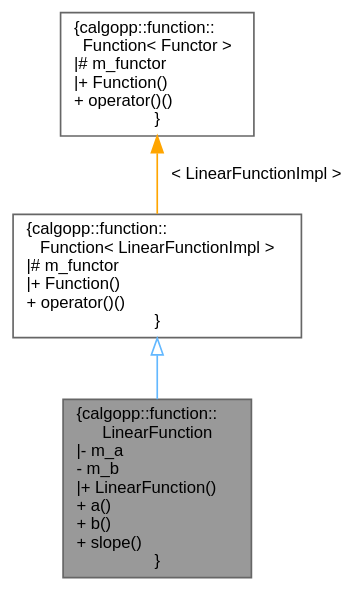
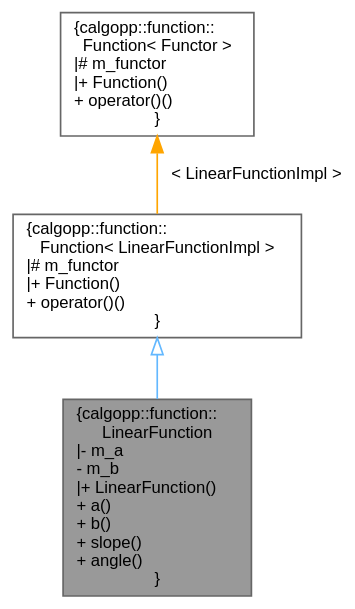
One commit to pawelekg95/algopp changed the diagram in classcalgopp_1_1function_1_1LinearFunction__inherit__graph.dot. Above: the diagram before and after it, drawn with Graphviz. The commit also changed 57 other files, not shown here.

```diff
--- a/classcalgopp_1_1function_1_1LinearFunction__inherit__graph.dot
+++ b/classcalgopp_1_1function_1_1LinearFunction__inherit__graph.dot
@@ -1,12 +1,12 @@
 digraph "calgopp::function::LinearFunction"
 {
  // LATEX_PDF_SIZE
   bgcolor="transparent";
   edge [fontname=Helvetica,fontsize=10,labelfontname=Helvetica,labelfontsize=10];
   node [fontname=Helvetica,fontsize=10,shape=box,height=0.2,width=0.4];
-  Node1 [label="{calgopp::function::\lLinearFunction\n|- m_a\l- m_b\l|+ LinearFunction()\l+ a()\l+ b()\l+ slope()\l}",height=0.2,width=0.4,color="gray40", fillcolor="grey60", style="filled", fontcolor="black",tooltip=" "];
+  Node1 [label="{calgopp::function::\lLinearFunction\n|- m_a\l- m_b\l|+ LinearFunction()\l+ a()\l+ b()\l+ slope()\l+ angle()\l}",height=0.2,width=0.4,color="gray40", fillcolor="grey60", style="filled", fontcolor="black",tooltip=" "];
   Node2 -> Node1 [dir="back",color="steelblue1",style="solid",arrowtail="onormal"];
   Node2 [label="{calgopp::function::\lFunction\< LinearFunctionImpl \>\n|# m_functor\l|+ Function()\l+ operator()()\l}",height=0.2,width=0.4,color="gray40", fillcolor="white", style="filled",URL="$classcalgopp_1_1function_1_1Function.html",tooltip=" "];
   Node3 -> Node2 [dir="back",color="orange",style="solid",label=" \< LinearFunctionImpl \>" ];
   Node3 [label="{calgopp::function::\lFunction\< Functor \>\n|# m_functor\l|+ Function()\l+ operator()()\l}",height=0.2,width=0.4,color="gray40", fillcolor="white", style="filled",URL="$classcalgopp_1_1function_1_1Function.html",tooltip=" "];
 }
```
